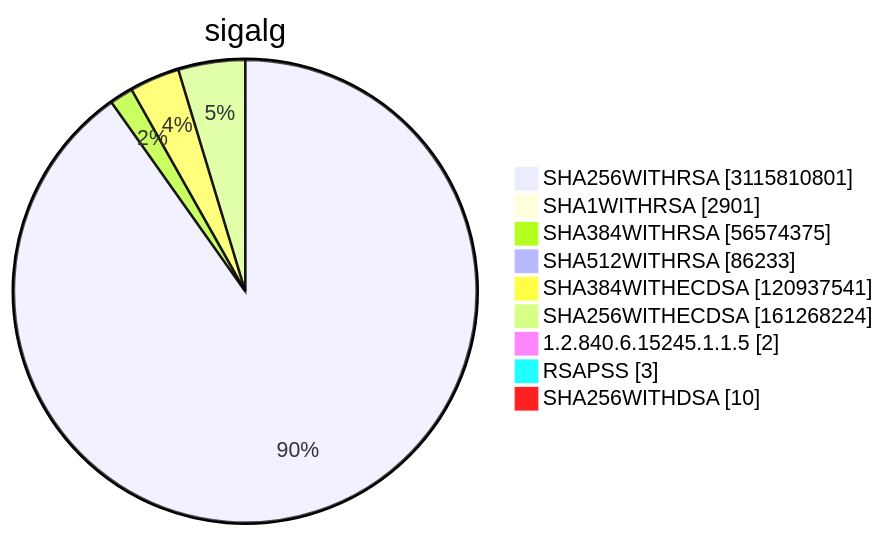
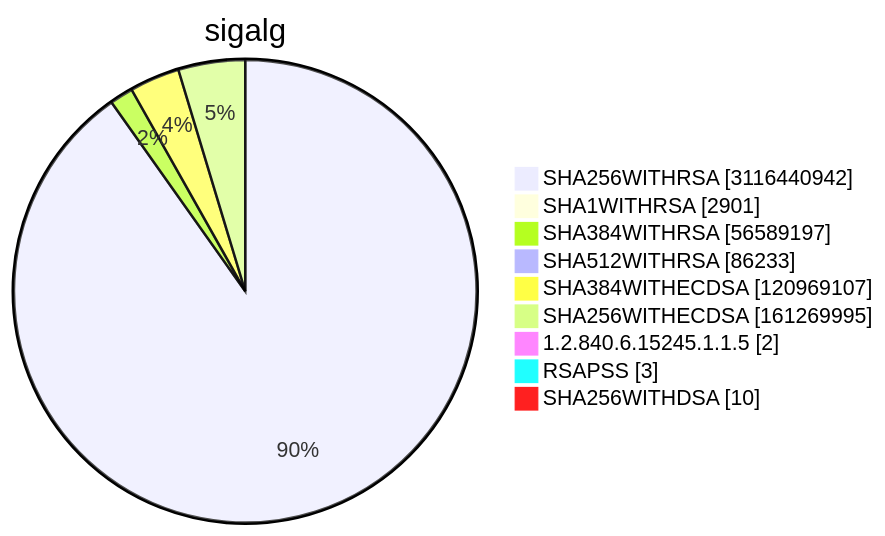
Diagram 15 of 15 in TOTAL/README.md (christiankrug/ctmonitor_visualization), drawn with Mermaid before and after one commit. The commit also changed other lines of this file, not shown here.

````diff
--- a/TOTAL/README.md
+++ b/TOTAL/README.md
@@ -6212,13 +6212,13 @@
 ```mermaid
 pie showData
 title sigalg
-"SHA256WITHRSA" :3115810801
+"SHA256WITHRSA" :3116440942
 "SHA1WITHRSA" :2901
-"SHA384WITHRSA" :56574375
+"SHA384WITHRSA" :56589197
 "SHA512WITHRSA" :86233
-"SHA384WITHECDSA" :120937541
-"SHA256WITHECDSA" :161268224
+"SHA384WITHECDSA" :120969107
+"SHA256WITHECDSA" :161269995
 "1.2.840.6.15245.1.1.5" :2
 "RSAPSS" :3
 "SHA256WITHDSA" :10
 ```
````
